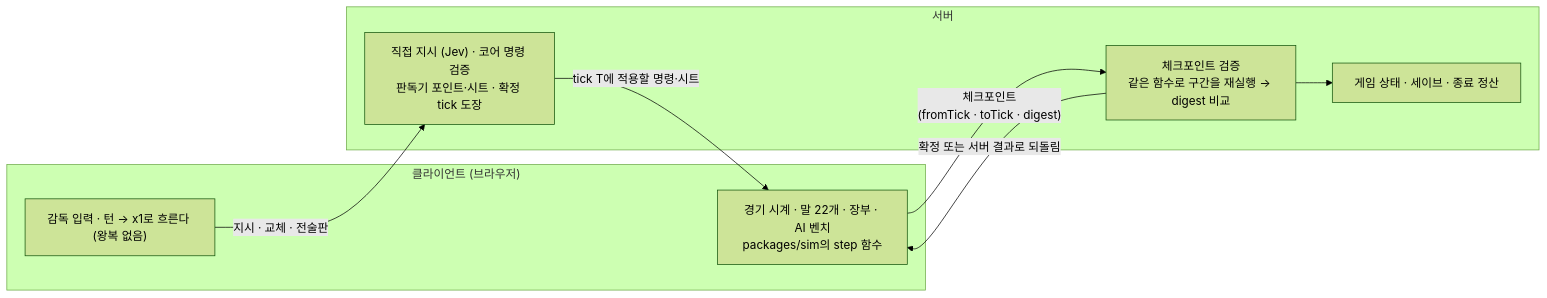
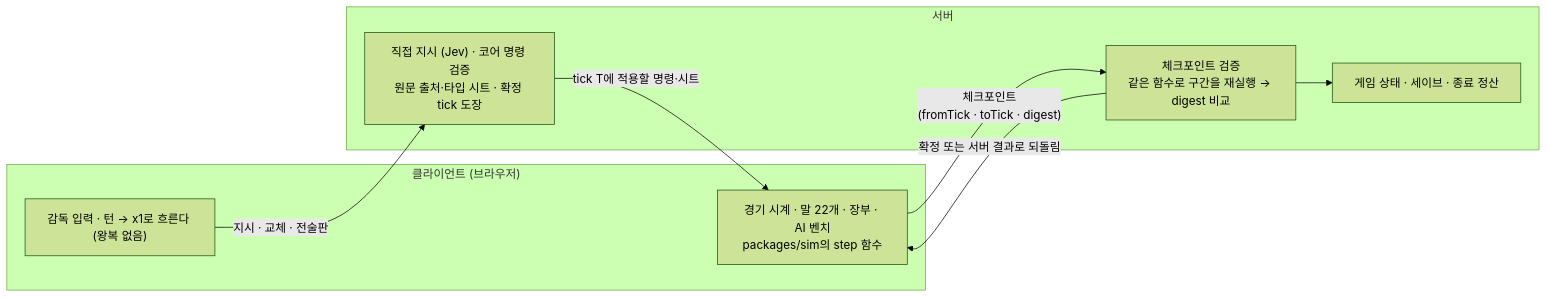
One commit to dhoonjang/gaffer changed the second of 2 diagrams in docs/match/live-match.md. Above: the diagram before and after it, drawn with Mermaid (forest theme). The commit also changed other lines of this file and 8 other files, not shown here.

Commit message:
docs(llm): describe on-demand interpreters and observed match flow

````diff
--- a/docs/match/live-match.md
+++ b/docs/match/live-match.md
@@ -494,17 +491,17 @@
 ```mermaid
 flowchart LR
   subgraph C["클라이언트 (브라우저)"]
     CL["경기 시계 · 말 22개 · 장부 · AI 벤치<br/>packages/sim의 step 함수"]
     PZ["감독 입력 · 턴 → x1로 흐른다 (왕복 없음)"]
   end
   subgraph S["서버"]
     VF["체크포인트 검증<br/>같은 함수로 구간을 재실행 → digest 비교"]
     ST["게임 상태 · 세이브 · 종료 정산"]
-    LM["직접 지시 (Jev) · 코어 명령 검증<br/>판독기 포인트·시트 · 확정 tick 도장"]
+    LM["직접 지시 (Jev) · 코어 명령 검증<br/>원문 출처·타입 시트 · 확정 tick 도장"]
   end
   CL -->|"체크포인트<br/>(fromTick · toTick · digest)"| VF
   VF -->|"확정 또는 서버 결과로 되돌림"| CL
   PZ -->|"지시 · 교체 · 전술판"| LM
   LM -->|"tick T에 적용할 명령·시트"| CL
   VF --> ST
 ```
````
